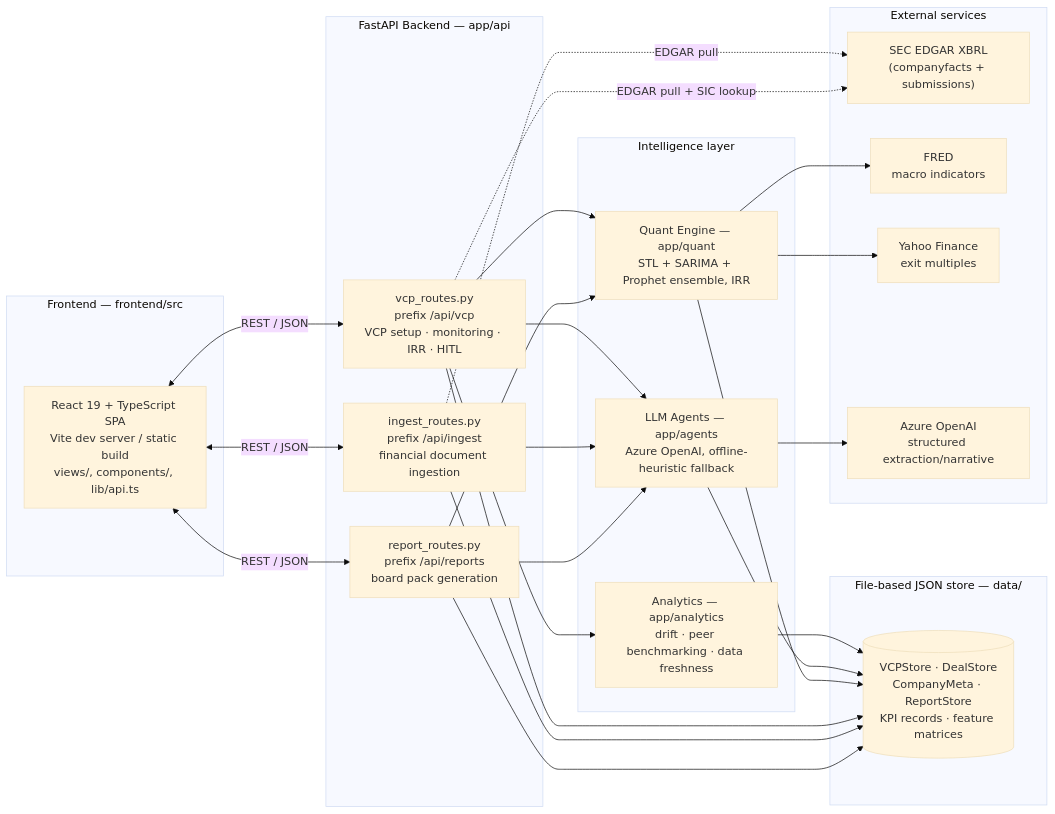
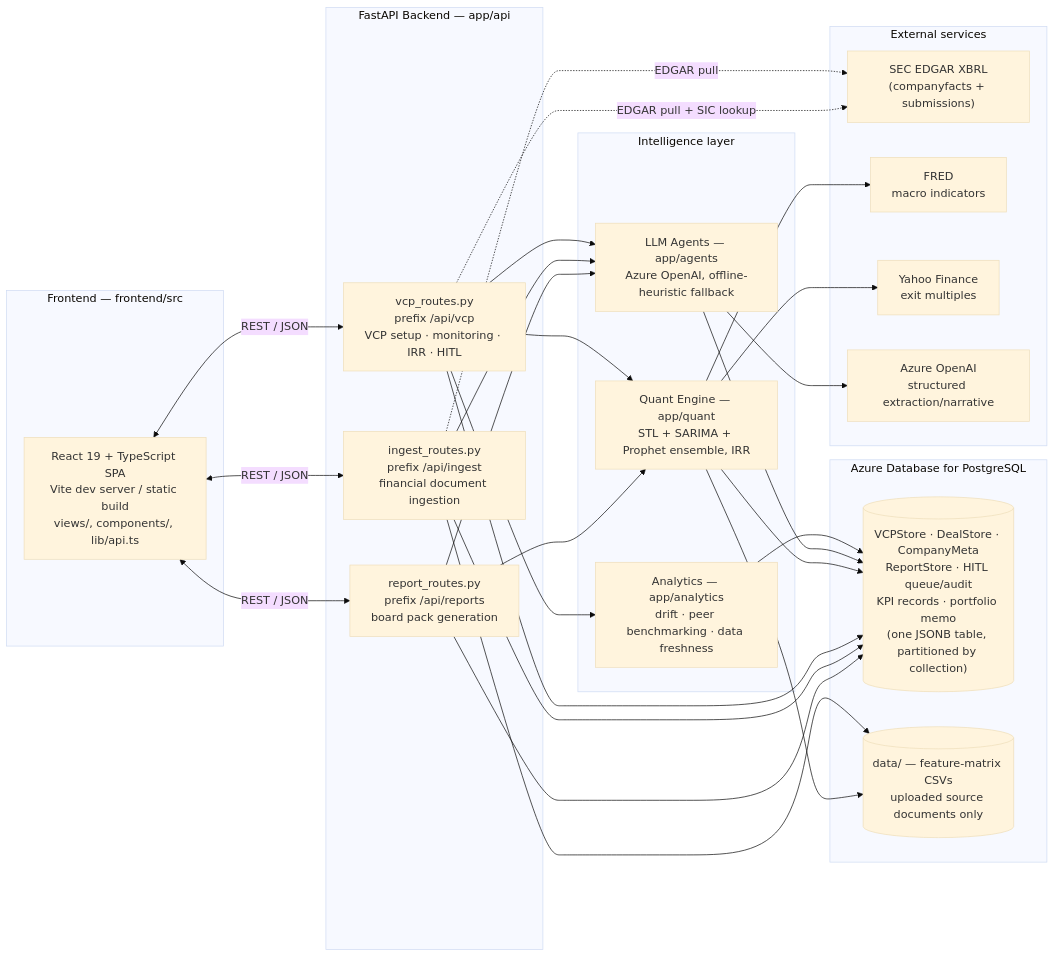
Before and after one commit to Hoarderr69/pe-vc-copilottt: the first of 6 diagrams in Architecture.md, drawn with Mermaid (base theme). The commit also changed other lines of this file and 24 other files, not shown here.

````diff
--- a/Architecture.md
+++ b/Architecture.md
@@ -35,52 +36,55 @@
 ```mermaid
 flowchart LR
     subgraph Client["Frontend — frontend/src"]
         FE["React 19 + TypeScript SPA\nVite dev server / static build\nviews/, components/, lib/api.ts"]
     end
 
     subgraph Backend["FastAPI Backend — app/api"]
         VCP["vcp_routes.py\nprefix /api/vcp\nVCP setup · monitoring · IRR · HITL"]
         ING["ingest_routes.py\nprefix /api/ingest\nfinancial document ingestion"]
         REP["report_routes.py\nprefix /api/reports\nboard pack generation"]
     end
 
     subgraph Intelligence["Intelligence layer"]
         AGENTS["LLM Agents — app/agents\nAzure OpenAI, offline-heuristic fallback"]
         QUANT["Quant Engine — app/quant\nSTL + SARIMA + Prophet ensemble, IRR"]
         ANALYTICS["Analytics — app/analytics\ndrift · peer benchmarking · data freshness"]
     end
 
-    subgraph Storage["File-based JSON store — data/"]
-        DS[("VCPStore · DealStore\nCompanyMeta · ReportStore\nKPI records · feature matrices")]
+    subgraph Storage["Azure Database for PostgreSQL"]
+        DS[("VCPStore · DealStore · CompanyMeta\nReportStore · HITL queue/audit\nKPI records · portfolio memo\n(one JSONB table, partitioned by collection)")]
+        FILES[("data/ — feature-matrix CSVs\nuploaded source documents only")]
     end
 
     subgraph External["External services"]
         EDGAR["SEC EDGAR XBRL\n(companyfacts + submissions)"]
         FRED["FRED\nmacro indicators"]
         YF["Yahoo Finance\nexit multiples"]
         AOAI["Azure OpenAI\nstructured extraction/narrative"]
     end
 
     FE <-->|REST / JSON| VCP
     FE <-->|REST / JSON| ING
     FE <-->|REST / JSON| REP
 
     VCP --> AGENTS
     VCP --> QUANT
     VCP --> ANALYTICS
     ING --> AGENTS
     REP --> AGENTS
     REP --> QUANT
 
     AGENTS --> AOAI
     QUANT --> FRED
     QUANT --> YF
     ANALYTICS --> DS
     AGENTS --> DS
     QUANT --> DS
     VCP --> DS
     ING --> DS
     REP --> DS
+    ING --> FILES
+    QUANT --> FILES
     ING -.EDGAR pull.-> EDGAR
     VCP -.EDGAR pull + SIC lookup.-> EDGAR
 ```
````
